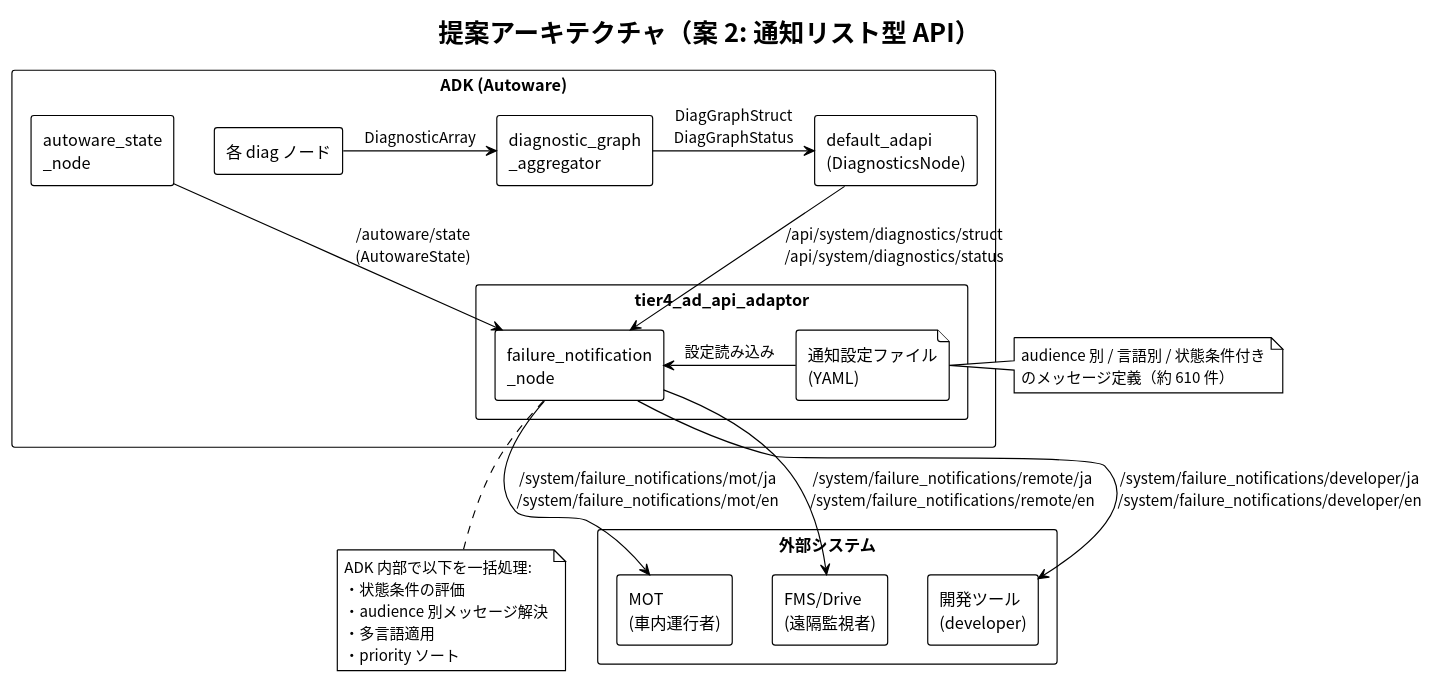
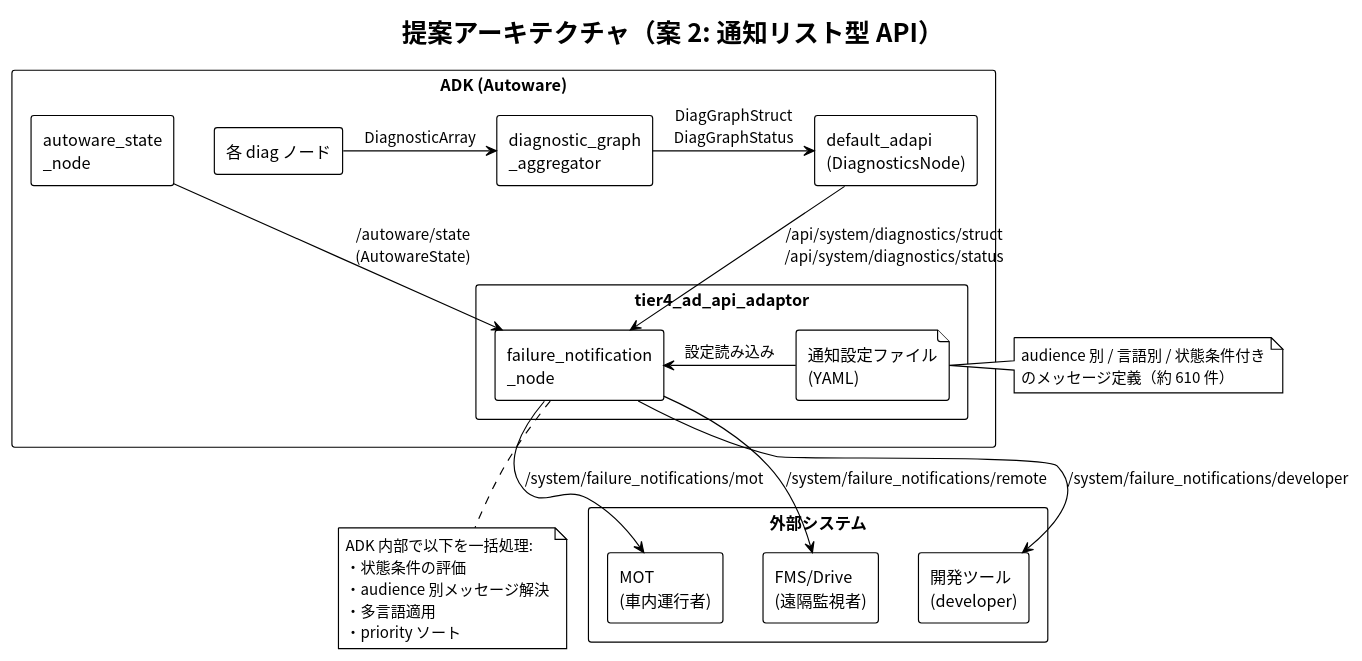
One commit to tier4/tier4_ad_api_adaptor changed the diagram in doc/design/failure-notification/figures/proposed_architecture.puml. Above: the diagram before and after it, drawn with PlantUML. The commit also changed 2 other files, not shown here.

Commit message:
docs: sync failure notification design with meeting decisions
Align doc/design/failure-notification with documents-mkuri: audience-per-topic
delivery, B' multilingual payload, priority semantics, changelog with Confluence
link, and regenerated proposed architecture figure (JP).

```diff
--- a/doc/design/failure-notification/figures/proposed_architecture.puml
+++ b/doc/design/failure-notification/figures/proposed_architecture.puml
@@ -1,50 +1,50 @@
 @startuml proposed_architecture
 !theme plain
 skinparam backgroundColor white
 skinparam componentStyle rectangle
 skinparam packageStyle rectangle
 skinparam defaultFontName "Noto Sans CJK JP"
 
 title 提案アーキテクチャ（案 2: 通知リスト型 API）
 
 package "ADK (Autoware)" {
   component "各 diag ノード" as DiagNodes
   component "diagnostic_graph\n_aggregator" as Aggregator
   component "default_adapi\n(DiagnosticsNode)" as ADAPI
   component "autoware_state\n_node" as StateNode
 
   package "tier4_ad_api_adaptor" {
     component "failure_notification\n_node" as FNNode
     file "通知設定ファイル\n(YAML)" as Config
   }
 
   DiagNodes -right-> Aggregator : DiagnosticArray
   Aggregator -right-> ADAPI : DiagGraphStruct\nDiagGraphStatus
   ADAPI -down-> FNNode : /api/system/diagnostics/struct\n/api/system/diagnostics/status
   StateNode -down-> FNNode : /autoware/state\n(AutowareState)
   Config -left-> FNNode : 設定読み込み
 }
 
 package "外部システム" {
   component "MOT\n(車内運行者)" as MOT
   component "FMS/Drive\n(遠隔監視者)" as Remote
   component "開発ツール\n(developer)" as Dev
 }
 
-FNNode -down-> MOT : /system/failure_notifications/mot/ja\n/system/failure_notifications/mot/en
-FNNode -down-> Remote : /system/failure_notifications/remote/ja\n/system/failure_notifications/remote/en
-FNNode -down-> Dev : /system/failure_notifications/developer/ja\n/system/failure_notifications/developer/en
+FNNode -down-> MOT : /system/failure_notifications/mot
+FNNode -down-> Remote : /system/failure_notifications/remote
+FNNode -down-> Dev : /system/failure_notifications/developer
 
 note bottom of FNNode
   ADK 内部で以下を一括処理:
   ・状態条件の評価
   ・audience 別メッセージ解決
   ・多言語適用
   ・priority ソート
 end note
 
 note right of Config
   audience 別 / 言語別 / 状態条件付き
   のメッセージ定義（約 610 件）
 end note
 @enduml
```
